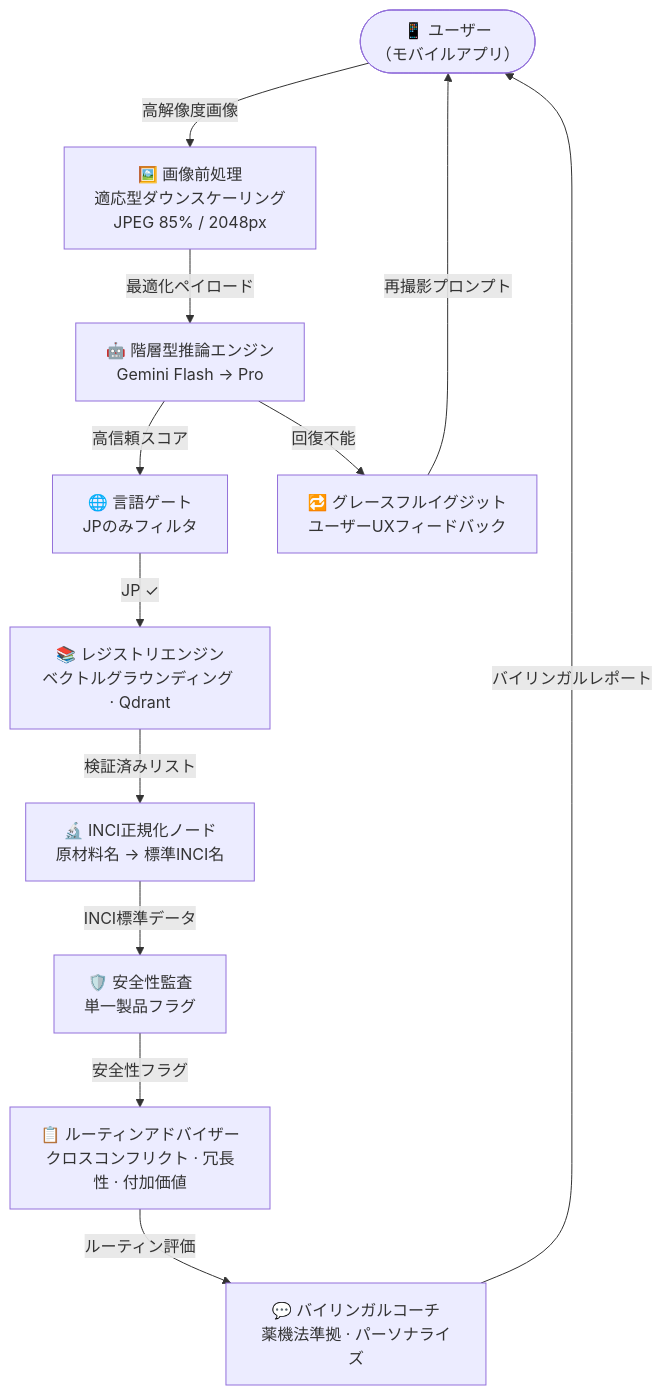
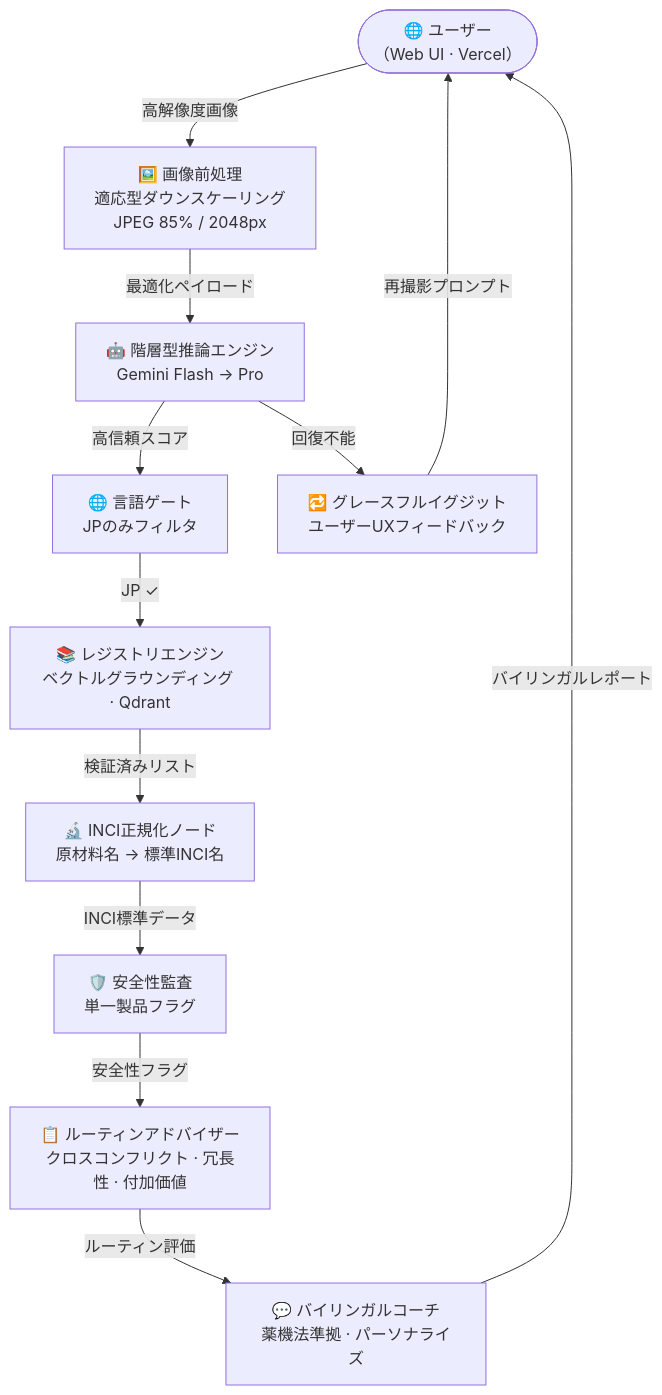
Before and after one commit to dvallslanaquera/skingraph: the first of 6 diagrams in README.md, drawn with Mermaid. The commit also changed other lines of this file and 3 other files, not shown here.

````diff
--- a/README.md
+++ b/README.md
@@ -59,25 +61,25 @@
 ```mermaid
 flowchart TB
-    User(["📱 ユーザー\n（モバイルアプリ）"])
+    User(["🌐 ユーザー\n（Web UI · Vercel）"])
     Ingest["🖼️ 画像前処理\n適応型ダウンスケーリング\nJPEG 85% / 2048px"]
     VLM["🤖 階層型推論エンジン\nGemini Flash → Pro"]
     LangGate["🌐 言語ゲート\nJPのみフィルタ"]
     Registry["📚 レジストリエンジン\nベクトルグラウンディング · Qdrant"]
     Normalizer["🔬 INCI正規化ノード\n原材料名 → 標準INCI名"]
     Auditor["🛡️ 安全性監査\n単一製品フラグ"]
     RoutineAdvisor["📋 ルーティンアドバイザー\nクロスコンフリクト · 冗長性 · 付加価値"]
     Coach["💬 バイリンガルコーチ\n薬機法準拠 · パーソナライズ"]
     Retake["🔁 グレースフルイグジット\nユーザーUXフィードバック"]
 
     User -->|"高解像度画像"| Ingest
     Ingest -->|"最適化ペイロード"| VLM
     VLM -->|"高信頼スコア"| LangGate
     VLM -->|"回復不能"| Retake
     LangGate -->|"JP ✓"| Registry
     Registry -->|"検証済みリスト"| Normalizer
     Normalizer -->|"INCI標準データ"| Auditor
     Auditor -->|"安全性フラグ"| RoutineAdvisor
     RoutineAdvisor -->|"ルーティン評価"| Coach
     Coach -->|"バイリンガルレポート"| User
     Retake -->|"再撮影プロンプト"| User
 ```
````
